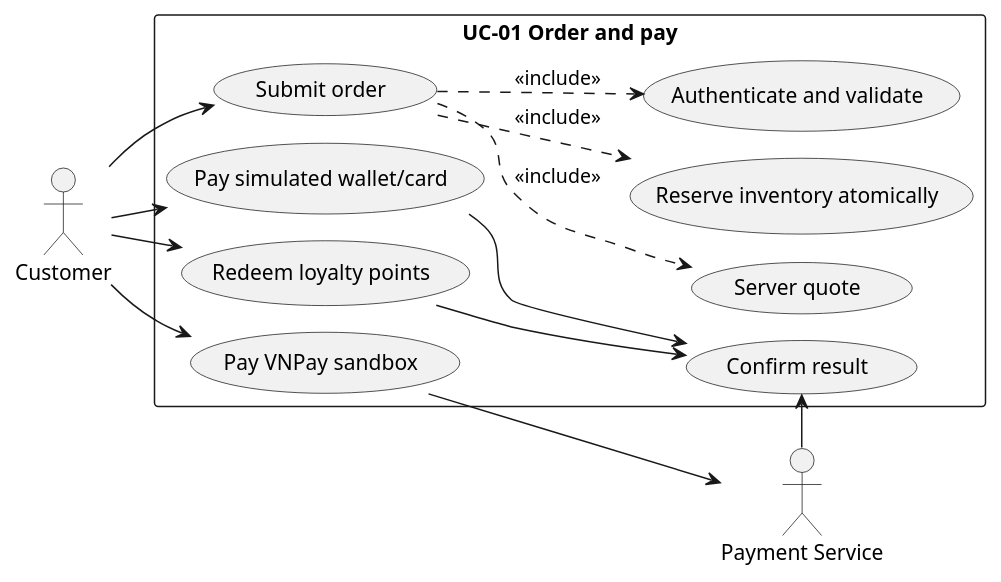
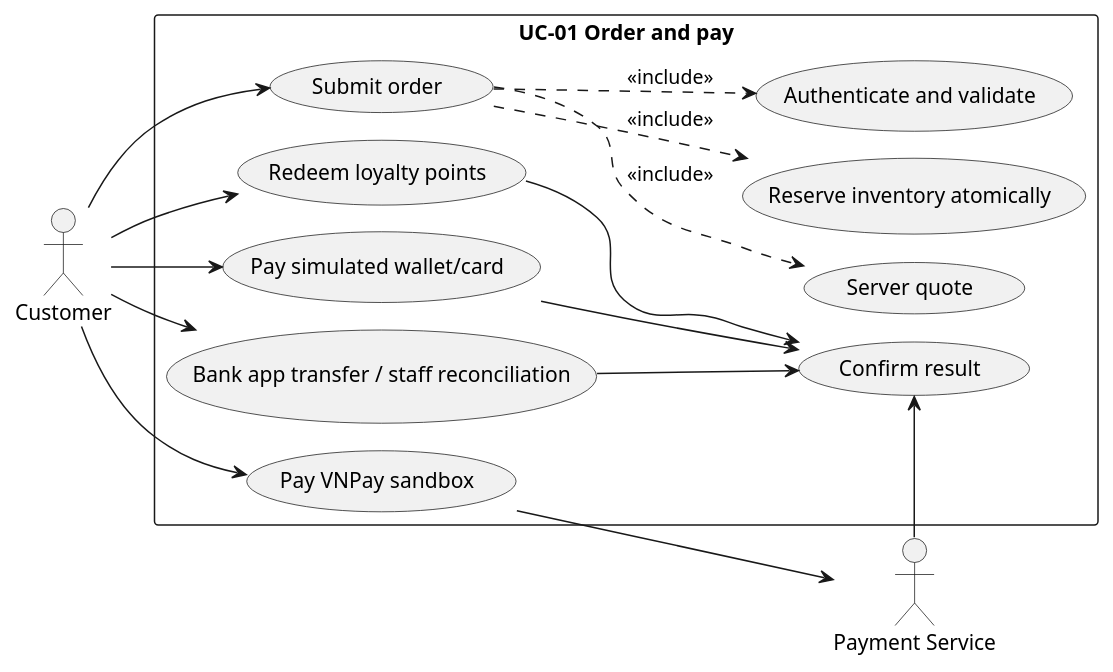
Before and after one commit to https-monstiez/BrewLite-AS2: the diagram in docs/diagrams/checkout-use-case.puml, drawn with PlantUML. The commit also changed 37 other files, not shown here.

Commit message:
feat: prepare free student hosting and real bank QR reconciliation

```diff
--- a/docs/diagrams/checkout-use-case.puml
+++ b/docs/diagrams/checkout-use-case.puml
@@ -1,29 +1,32 @@
 @startuml
 !pragma layout smetana
 skinparam shadowing false
 skinparam defaultFontName SansSerif
 left to right direction
 actor Customer
 actor "Payment Service" as PSP
 rectangle "UC-01 Order and pay" {
  usecase "Submit order" as order
  usecase "Authenticate and validate" as validate
  usecase "Server quote" as quote
  usecase "Reserve inventory atomically" as reserve
  usecase "Pay simulated wallet/card" as sim
  usecase "Pay VNPay sandbox" as vnp
+ usecase "Bank app transfer / staff reconciliation" as bank
  usecase "Redeem loyalty points" as points
  usecase "Confirm result" as result
 }
 Customer --> order
 order ..> validate : <<include>>
 order ..> quote : <<include>>
 order ..> reserve : <<include>>
 Customer --> sim
 Customer --> vnp
 Customer --> points
+Customer --> bank
+bank --> result
 PSP --> result
 vnp --> PSP
 sim --> result
 points --> result
 @enduml
```
